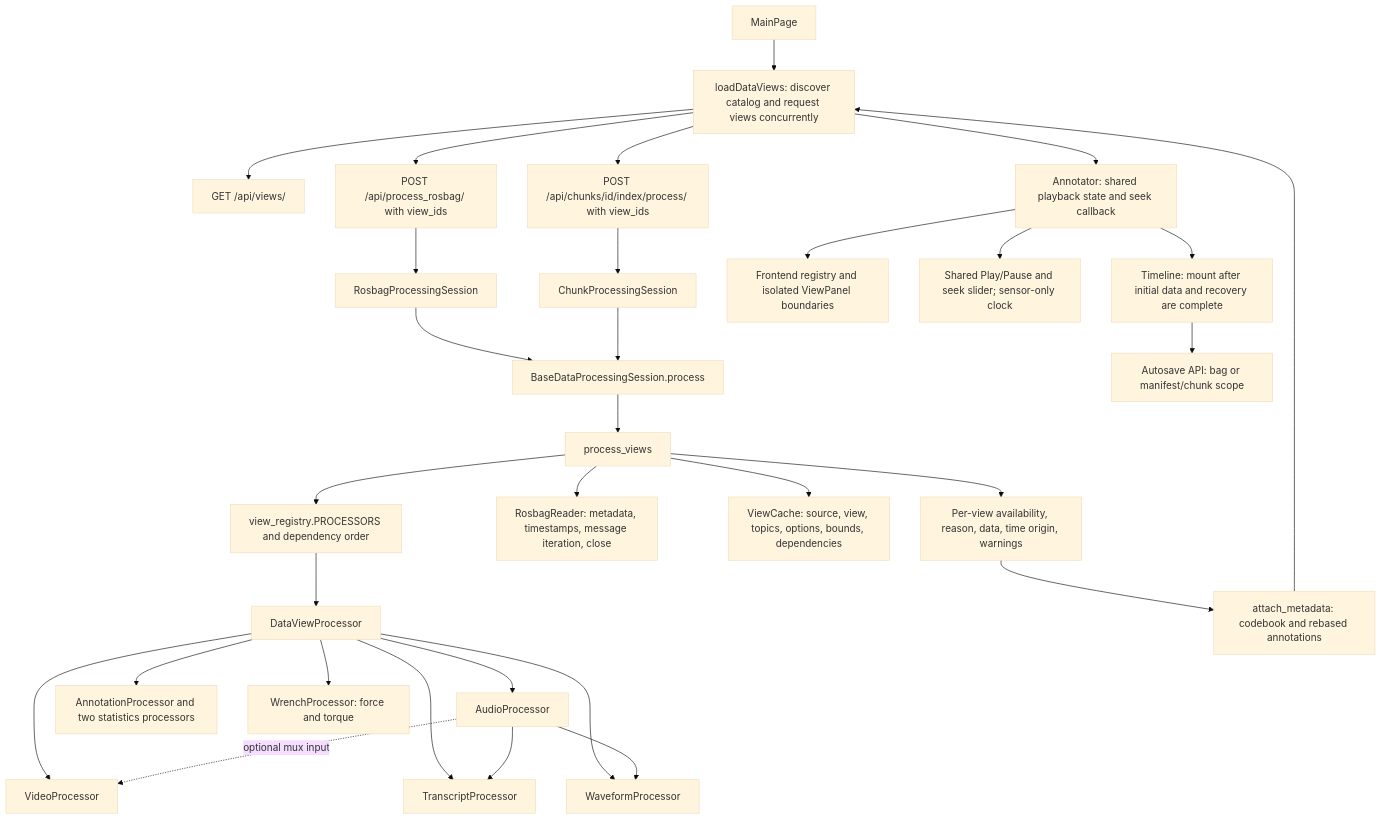
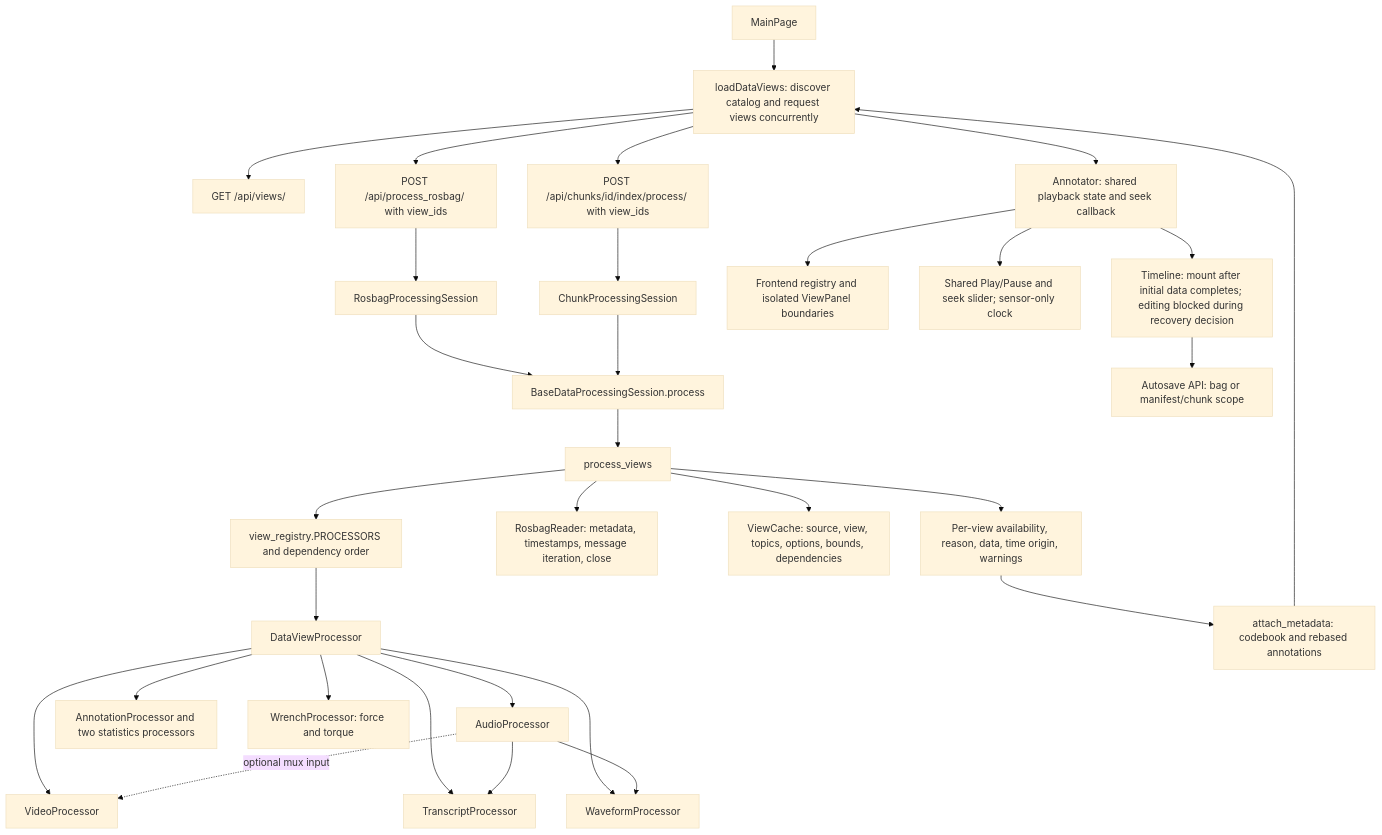
The first of 2 diagrams in docs/design-diagram.md (CHRI-Lab/ROSAnnotator), drawn with Mermaid (base theme) before and after one commit. The commit also changed other lines of this file and 21 other files, not shown here.

````diff
--- a/docs/design-diagram.md
+++ b/docs/design-diagram.md
@@ -5,33 +5,33 @@
 ```mermaid
 flowchart TD
     Main[MainPage] --> Loader[loadDataViews: discover catalog and request views concurrently]
     Loader --> Catalog[GET /api/views/]
     Loader --> Whole[POST /api/process_rosbag/ with view_ids]
     Loader --> Chunk[POST /api/chunks/id/index/process/ with view_ids]
     Whole --> WS[RosbagProcessingSession]
     Chunk --> CS[ChunkProcessingSession]
     WS --> Base[BaseDataProcessingSession.process]
     CS --> Base
     Base --> Workflow[process_views]
     Workflow --> Registry[view_registry.PROCESSORS and dependency order]
     Workflow --> Reader[RosbagReader: metadata, timestamps, message iteration, close]
     Workflow --> Cache[ViewCache: source, view, topics, options, bounds, dependencies]
     Registry --> Parent[DataViewProcessor]
     Parent --> Audio[AudioProcessor]
     Parent --> Video[VideoProcessor]
     Parent --> Transcript[TranscriptProcessor]
     Parent --> Waveform[WaveformProcessor]
     Parent --> Annotation[AnnotationProcessor and two statistics processors]
     Parent --> Wrench[WrenchProcessor: force and torque]
     Audio -. optional mux input .-> Video
     Audio --> Transcript
     Audio --> Waveform
     Workflow --> Contract[Per-view availability, reason, data, time origin, warnings]
     Contract --> Metadata[attach_metadata: codebook and rebased annotations]
     Metadata --> Loader
     Loader --> Annotator[Annotator: shared playback state and seek callback]
     Annotator --> Panels[Frontend registry and isolated ViewPanel boundaries]
     Annotator --> Clock[Shared Play/Pause and seek slider; sensor-only clock]
-    Annotator --> Timeline[Timeline: mount after initial data and recovery are complete]
+    Annotator --> Timeline[Timeline: mount after initial data completes; editing blocked during recovery decision]
     Timeline --> Recovery[Autosave API: bag or manifest/chunk scope]
 ```
````
